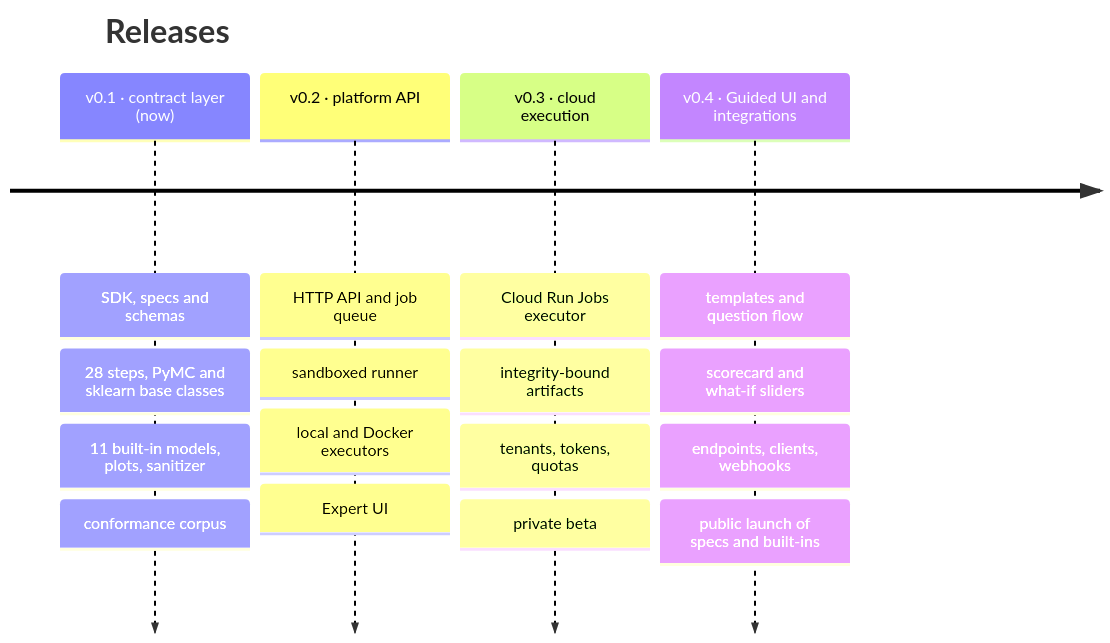
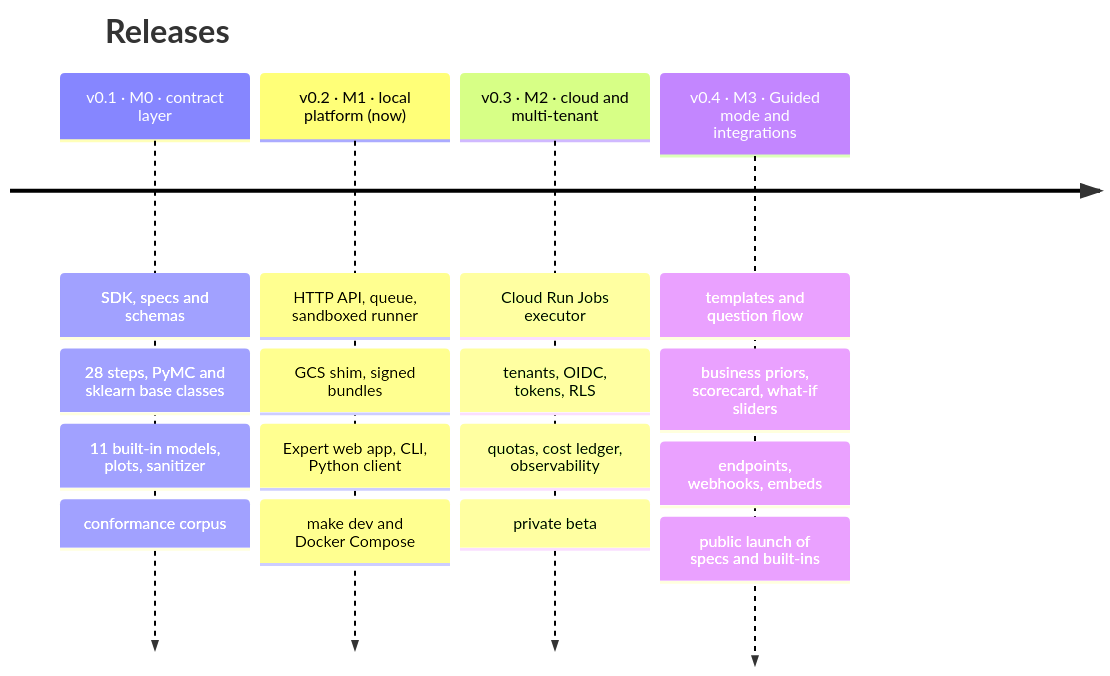
The diagram in docs/roadmap/index.md (redam94/modeling-api), drawn with Mermaid before and after one commit. The commit also changed other lines of this file and 16 other files, not shown here.

First line of the commit message:
docs: deployment section, architecture overview, security model and M2/M3 roadmap

````diff
--- a/docs/roadmap/index.md
+++ b/docs/roadmap/index.md
@@ -8,8 +8,8 @@
 ```mermaid
 timeline
     title Releases
-    v0.1 · contract layer (now) : SDK, specs and schemas : 28 steps, PyMC and sklearn base classes : 11 built-in models, plots, sanitizer : conformance corpus
-    v0.2 · platform API : HTTP API and job queue : sandboxed runner : local and Docker executors : Expert UI
-    v0.3 · cloud execution : Cloud Run Jobs executor : integrity-bound artifacts : tenants, tokens, quotas : private beta
-    v0.4 · Guided UI and integrations : templates and question flow : scorecard and what-if sliders : endpoints, clients, webhooks : public launch of specs and built-ins
+    v0.1 · M0 · contract layer : SDK, specs and schemas : 28 steps, PyMC and sklearn base classes : 11 built-in models, plots, sanitizer : conformance corpus
+    v0.2 · M1 · local platform (now) : HTTP API, queue, sandboxed runner : GCS shim, signed bundles : Expert web app, CLI, Python client : make dev and Docker Compose
+    v0.3 · M2 · cloud and multi-tenant : Cloud Run Jobs executor : tenants, OIDC, tokens, RLS : quotas, cost ledger, observability : private beta
+    v0.4 · M3 · Guided mode and integrations : templates and question flow : business priors, scorecard, what-if sliders : endpoints, webhooks, embeds : public launch of specs and built-ins
 ```
````
